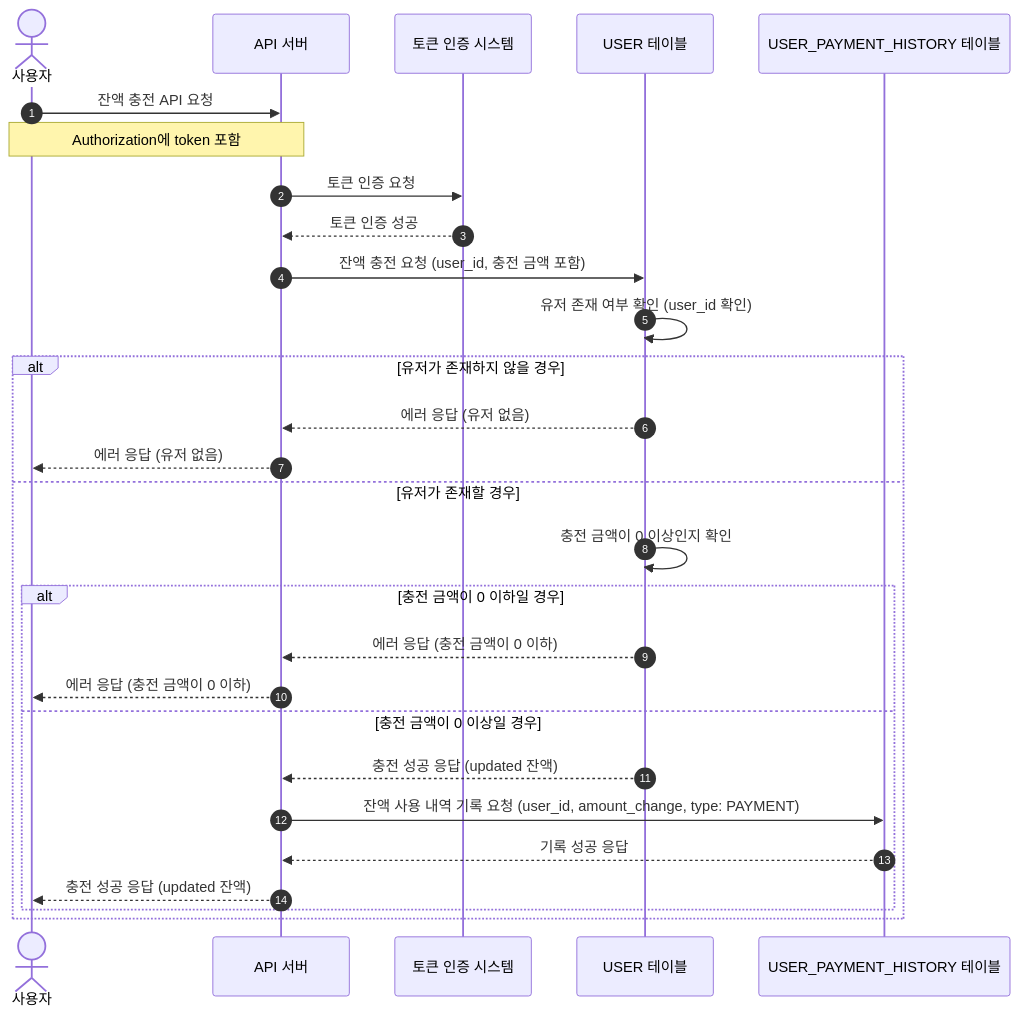
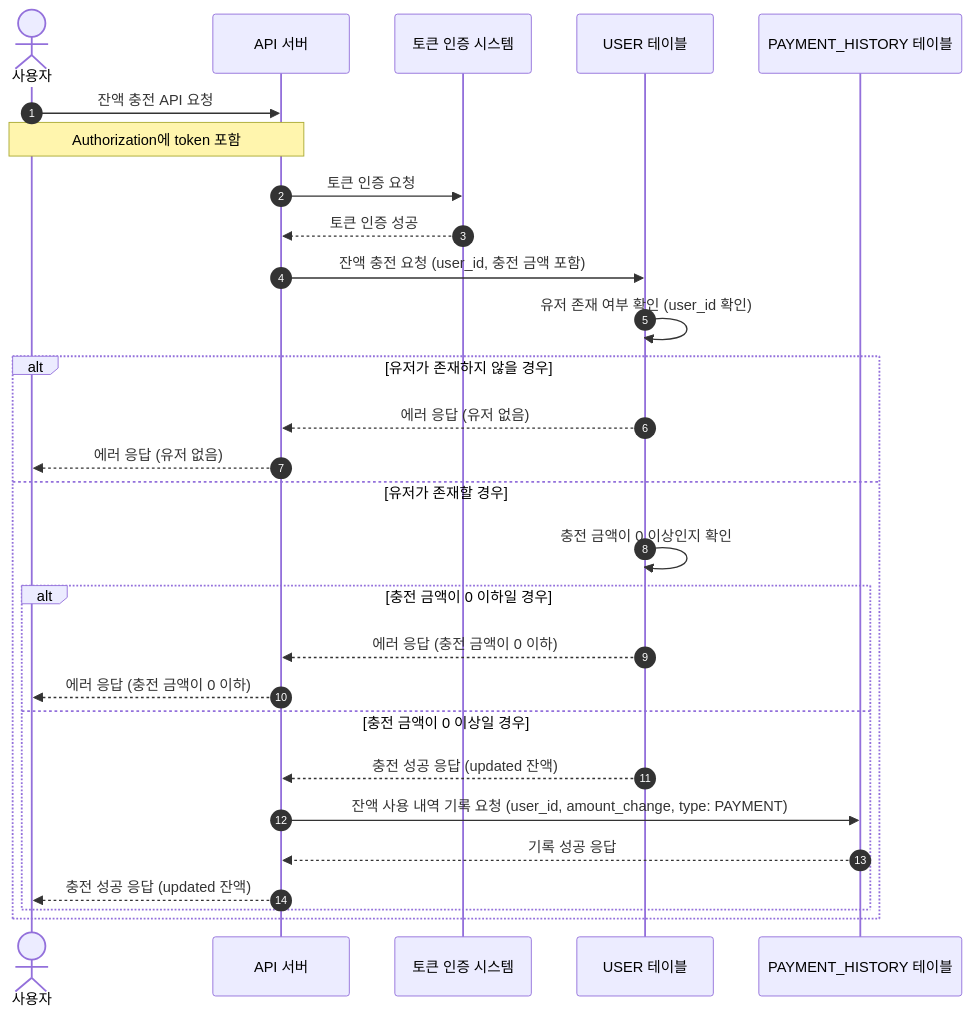
One commit to Cheondongmin/concert-java changed the sixth of 8 diagrams in docs/sequence.md. Above: the diagram before and after it, drawn with Mermaid. The commit also changed other lines of this file and 3 other files, not shown here.

````diff
--- a/docs/sequence.md
+++ b/docs/sequence.md
@@ -140,34 +156,34 @@
 ```mermaid
 sequenceDiagram
     autonumber
     actor 사용자 as 사용자
     participant API as API 서버
     participant AUTH as 토큰 인증 시스템
     participant USER as USER 테이블
-    participant USER_PAYMENT_HISTORY as USER_PAYMENT_HISTORY 테이블
+    participant PAYMENT_HISTORY as PAYMENT_HISTORY 테이블
 
     사용자 ->> API: 잔액 충전 API 요청
     Note over 사용자, API: Authorization에 token 포함
     API ->> AUTH: 토큰 인증 요청
     AUTH -->> API: 토큰 인증 성공
 
     API ->> USER: 잔액 충전 요청 (user_id, 충전 금액 포함)
     USER ->> USER: 유저 존재 여부 확인 (user_id 확인)
 
     alt 유저가 존재하지 않을 경우
         USER -->> API: 에러 응답 (유저 없음)
         API -->> 사용자: 에러 응답 (유저 없음)
     else 유저가 존재할 경우
         USER ->> USER: 충전 금액이 0 이상인지 확인
         alt 충전 금액이 0 이하일 경우
             USER -->> API: 에러 응답 (충전 금액이 0 이하)
             API -->> 사용자: 에러 응답 (충전 금액이 0 이하)
         else 충전 금액이 0 이상일 경우
             USER -->> API: 충전 성공 응답 (updated 잔액)
-            API ->> USER_PAYMENT_HISTORY: 잔액 사용 내역 기록 요청 (user_id, amount_change, type: PAYMENT)
-            USER_PAYMENT_HISTORY -->> API: 기록 성공 응답
+            API ->> PAYMENT_HISTORY: 잔액 사용 내역 기록 요청 (user_id, amount_change, type: PAYMENT)
+            PAYMENT_HISTORY -->> API: 기록 성공 응답
             API -->> 사용자: 충전 성공 응답 (updated 잔액)
         end
     end
 
 ```
````
